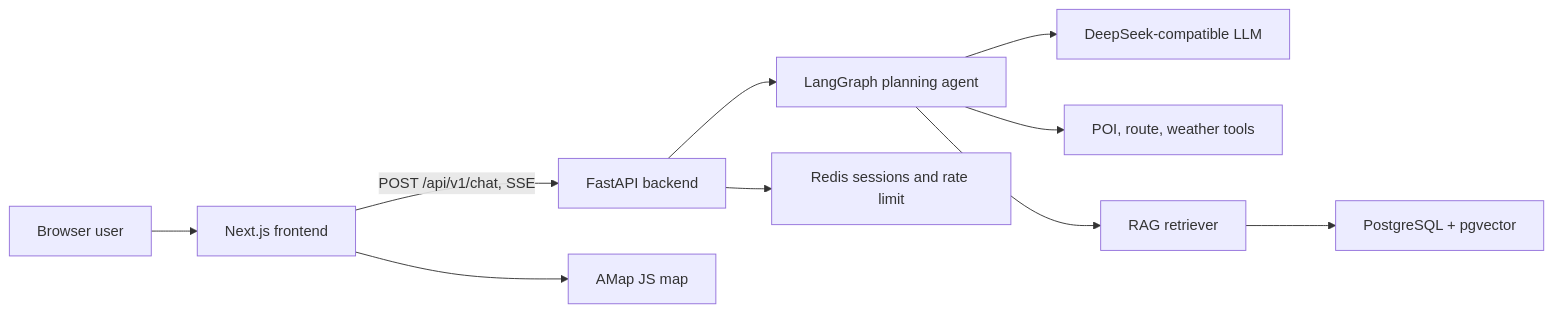
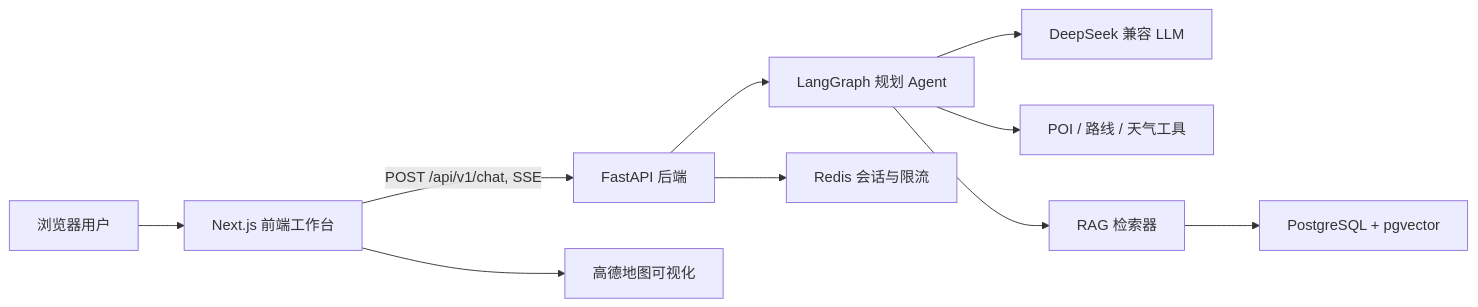
One commit to FengMao0714/AI_Trip_Agent changed the diagram in README.md. Above: the diagram before and after it, drawn with Mermaid. The commit also changed other lines of this file and 1 other file, not shown here.

````diff
--- a/README.md
+++ b/README.md
@@ -29,12 +34,12 @@
 ```mermaid
 flowchart LR
-  User["Browser user"] --> Frontend["Next.js frontend"]
-  Frontend -->|"POST /api/v1/chat, SSE"| Backend["FastAPI backend"]
-  Backend --> Agent["LangGraph planning agent"]
-  Agent --> LLM["DeepSeek-compatible LLM"]
-  Agent --> Tools["POI, route, weather tools"]
-  Agent --> RAG["RAG retriever"]
+  User["浏览器用户"] --> Frontend["Next.js 前端工作台"]
+  Frontend -->|"POST /api/v1/chat, SSE"| Backend["FastAPI 后端"]
+  Backend --> Agent["LangGraph 规划 Agent"]
+  Agent --> LLM["DeepSeek 兼容 LLM"]
+  Agent --> Tools["POI / 路线 / 天气工具"]
+  Agent --> RAG["RAG 检索器"]
   RAG --> Postgres["PostgreSQL + pgvector"]
-  Backend --> Redis["Redis sessions and rate limit"]
-  Frontend --> Map["AMap JS map"]
+  Backend --> Redis["Redis 会话与限流"]
+  Frontend --> Map["高德地图可视化"]
 ```
````
